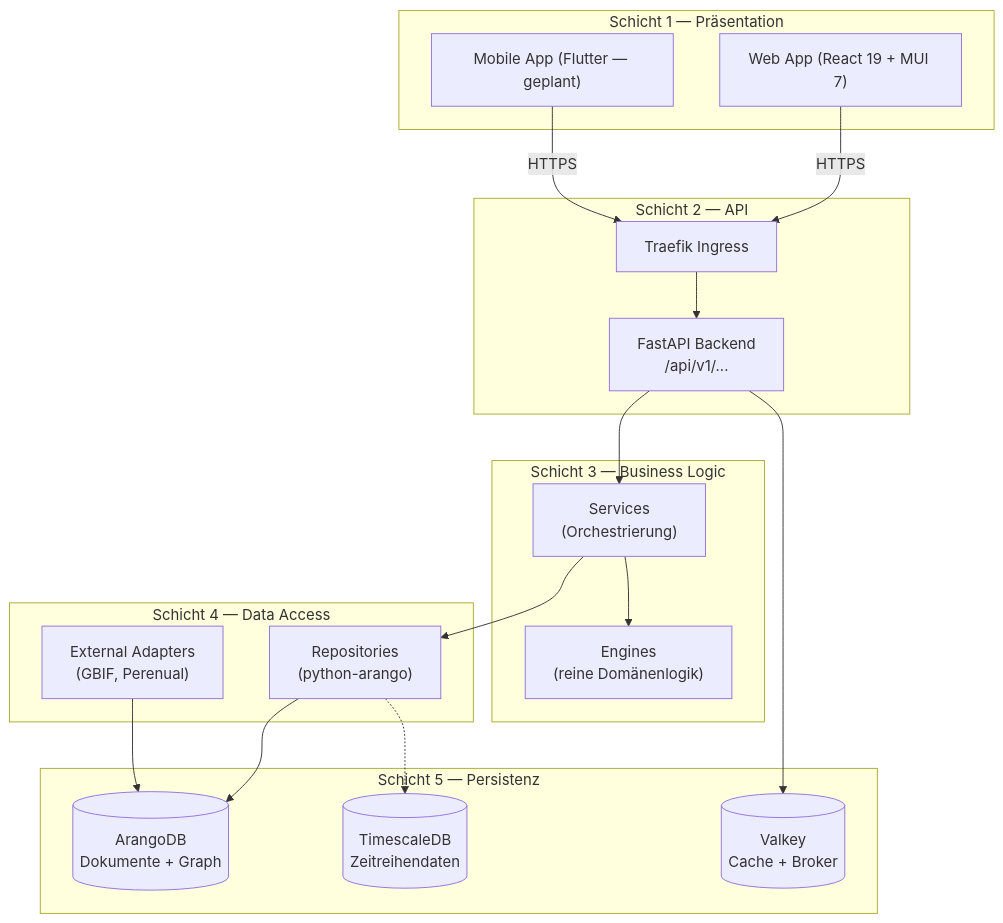
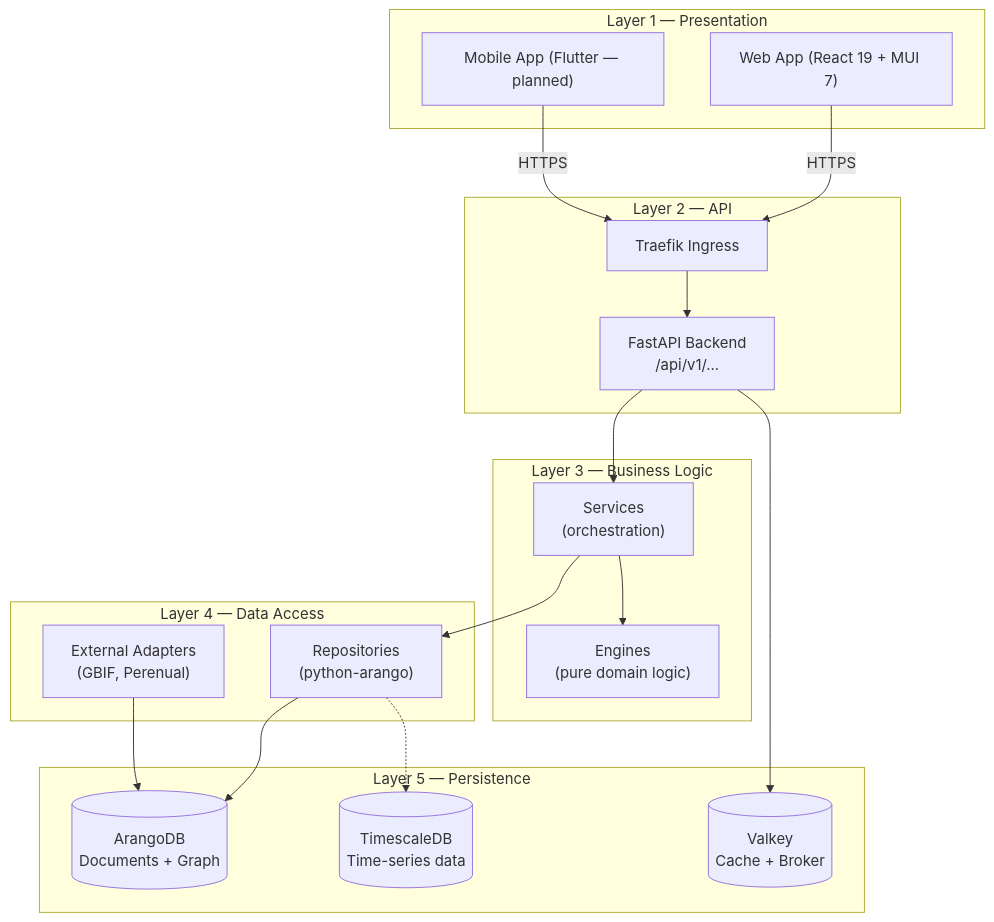
One commit to nolte/kamerplanter changed the first of 2 diagrams in docs/de/architecture/overview.md. Above: the diagram before and after it, drawn with Mermaid. The commit also changed other lines of this file and 2 other files, not shown here.

Commit message:
docs(architecture): fix overview.md diagrams + add diagram to EN index
Apply the same Mermaid spec-compliance fixes to the remaining architecture
overview diagrams and close the DE/EN parity gap on the section index:

- overview.md (DE + EN): both diagrams `graph` -> `flowchart`, `\n` ->
  `<br/>`, English labels (DE file), added `diagram-source` markers
- en/architecture/index.md: add the "Architecture overview" section and
  the (language-neutral, English-labelled) overview diagram that only the
  German index carried before

````diff
--- a/docs/de/architecture/overview.md
+++ b/docs/de/architecture/overview.md
@@ -11,39 +12,39 @@
 ```mermaid
-graph TB
-    subgraph "Schicht 1 — Präsentation"
+flowchart TB
+    subgraph "Layer 1 — Presentation"
         Web["Web App (React 19 + MUI 7)"]
-        Mobile["Mobile App (Flutter — geplant)"]
+        Mobile["Mobile App (Flutter — planned)"]
     end
 
-    subgraph "Schicht 2 — API"
+    subgraph "Layer 2 — API"
         GW["Traefik Ingress"]
-        API["FastAPI Backend\n/api/v1/..."]
+        API["FastAPI Backend<br/>/api/v1/..."]
     end
 
-    subgraph "Schicht 3 — Business Logic"
-        SVC["Services\n(Orchestrierung)"]
-        ENG["Engines\n(reine Domänenlogik)"]
+    subgraph "Layer 3 — Business Logic"
+        SVC["Services<br/>(orchestration)"]
+        ENG["Engines<br/>(pure domain logic)"]
     end
 
-    subgraph "Schicht 4 — Data Access"
-        REPO["Repositories\n(python-arango)"]
-        EXT["External Adapters\n(GBIF, Perenual)"]
+    subgraph "Layer 4 — Data Access"
+        REPO["Repositories<br/>(python-arango)"]
+        EXT["External Adapters<br/>(GBIF, Perenual)"]
     end
 
-    subgraph "Schicht 5 — Persistenz"
-        ARANGO[("ArangoDB\nDokumente + Graph")]
-        TSDB[("TimescaleDB\nZeitreihendaten")]
-        VALKEY[("Valkey\nCache + Broker")]
+    subgraph "Layer 5 — Persistence"
+        ARANGO[("ArangoDB<br/>Documents + Graph")]
+        TSDB[("TimescaleDB<br/>Time-series data")]
+        VALKEY[("Valkey<br/>Cache + Broker")]
     end
 
     Web -- HTTPS --> GW
     Mobile -- HTTPS --> GW
     GW --> API
     API --> SVC
     SVC --> ENG
     SVC --> REPO
     REPO --> ARANGO
     REPO -.-> TSDB
     API --> VALKEY
     EXT --> ARANGO
 ```
````
